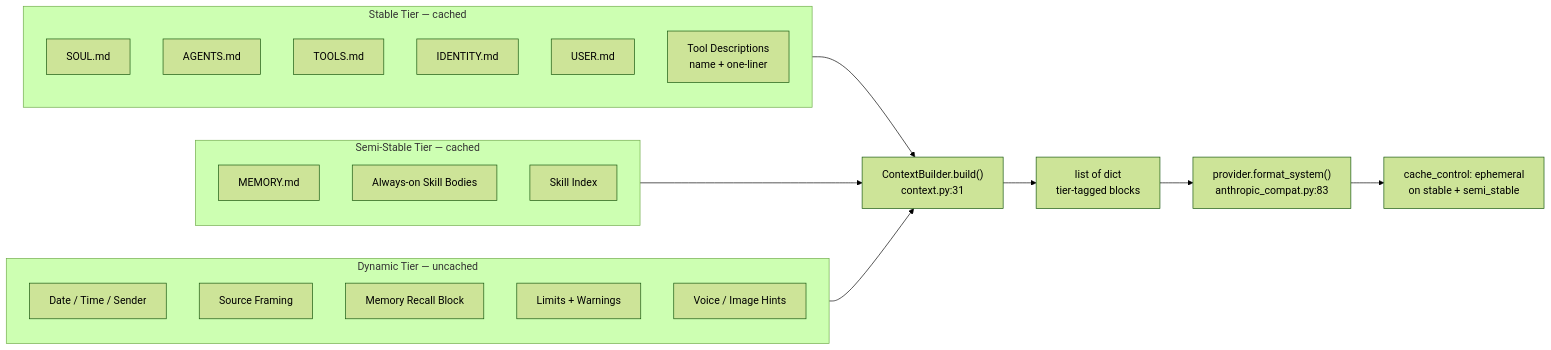
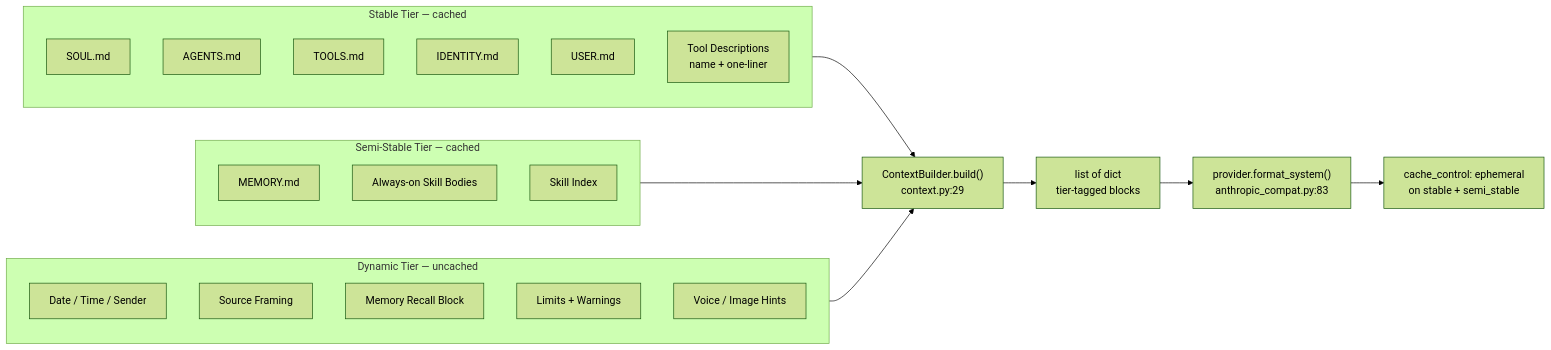
One commit to nicolasforstinger/lucyd changed the third of 8 diagrams in docs/diagrams.md. Above: the diagram before and after it, drawn with Mermaid (forest theme). The commit also changed other lines of this file and 15 other files, not shown here.

````diff
--- a/docs/diagrams.md
+++ b/docs/diagrams.md
@@ -97,35 +97,35 @@
 ```mermaid
 flowchart LR
     subgraph Stable["Stable Tier — cached"]
         SOUL["SOUL.md"]
         AGENTS["AGENTS.md"]
         TOOLS_MD["TOOLS.md"]
         IDENTITY["IDENTITY.md"]
         USER_MD["USER.md"]
         TOOL_DESC["Tool Descriptions<br/>name + one-liner"]
     end
 
     subgraph Semi["Semi-Stable Tier — cached"]
         MEMORY_MD["MEMORY.md"]
         SKILLS["Always-on Skill Bodies"]
         SKILL_IDX["Skill Index"]
     end
 
     subgraph Dynamic["Dynamic Tier — uncached"]
         TIME["Date / Time / Sender"]
         SOURCE["Source Framing"]
         RECALL["Memory Recall Block"]
         LIMITS["Limits + Warnings"]
         VOICE["Voice / Image Hints"]
     end
 
-    BUILD["ContextBuilder.build()<br/>context.py:31"]
+    BUILD["ContextBuilder.build()<br/>context.py:29"]
     BLOCKS["list of dict<br/>tier-tagged blocks"]
     FORMAT["provider.format_system()<br/>anthropic_compat.py:83"]
     CACHED["cache_control: ephemeral<br/>on stable + semi_stable"]
 
     Stable --> BUILD
     Semi --> BUILD
     Dynamic --> BUILD
     BUILD --> BLOCKS --> FORMAT --> CACHED
 ```
````
